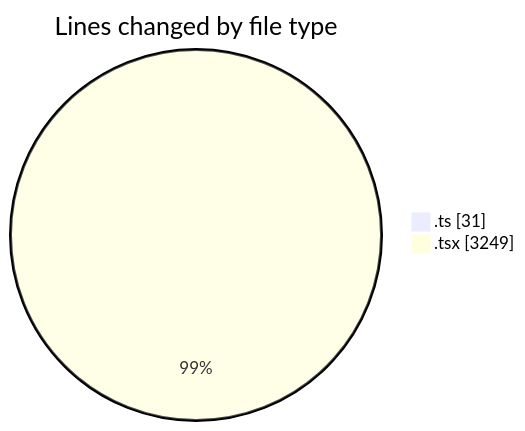
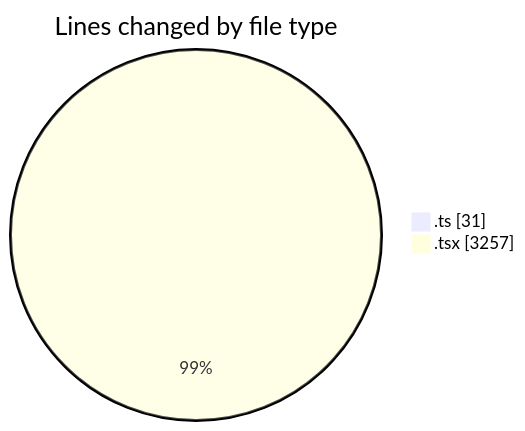
One commit to nxtqubesakshisongat/code-tracking changed the first of 2 diagrams in 2026-04-24/nxtqube_webapp/README.md. Above: the diagram before and after it, drawn with Mermaid. The commit also changed other lines of this file and 1 other file, not shown here.

````diff
--- a/2026-04-24/nxtqube_webapp/README.md
+++ b/2026-04-24/nxtqube_webapp/README.md
@@ -24,6 +24,6 @@
 ```mermaid
 pie showData
 title Lines changed by file type
 ".ts" : 31
-".tsx" : 3249
+".tsx" : 3257
 ```
````
